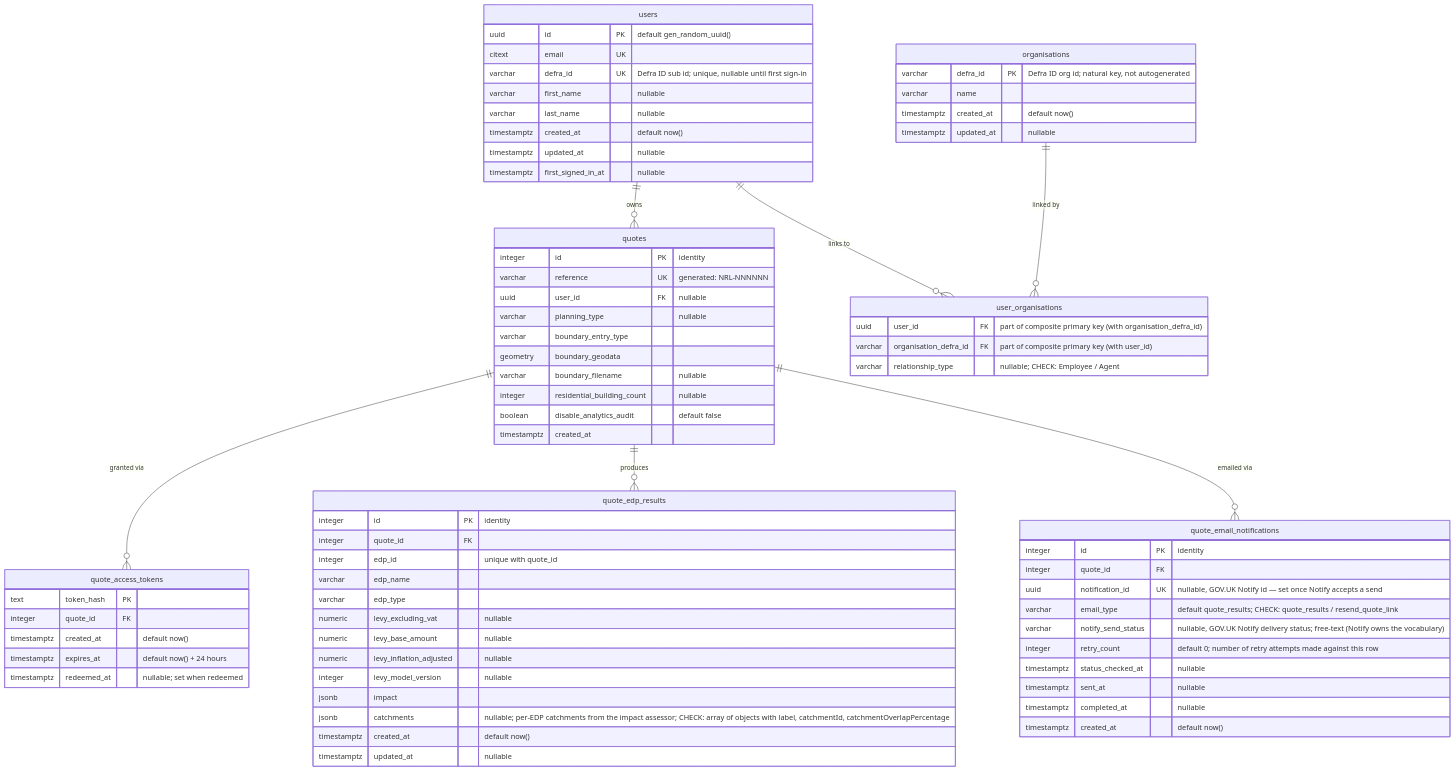
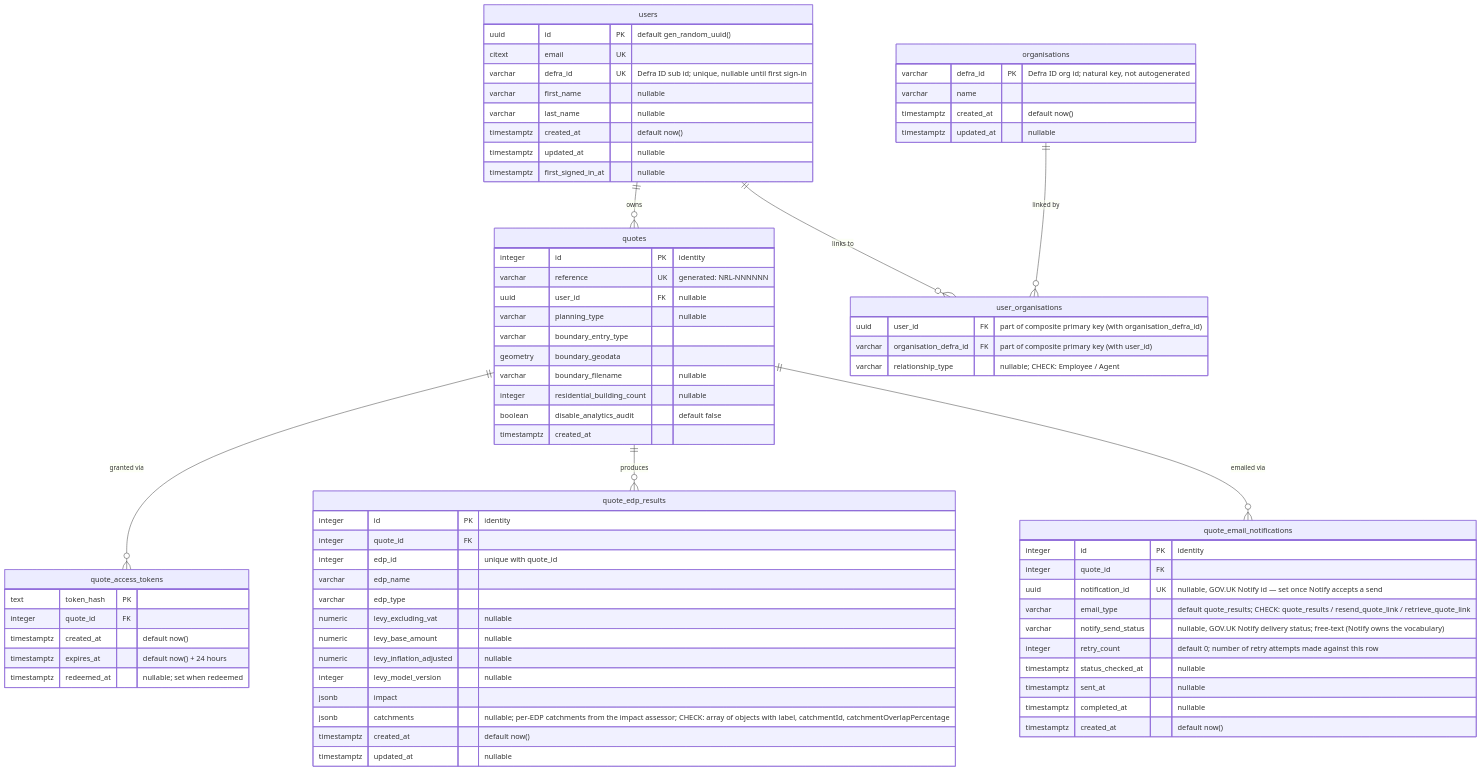
One commit to DEFRA/nrf-backend changed the diagram in docs/quote-database-diagram.md. Above: the diagram before and after it, drawn with Mermaid. The commit also changed other lines of this file and 16 other files, not shown here.

First line of the commit message:
NRF2-1256 Add the "retrieve your quote" email (#347)

```diff
--- a/docs/quote-database-diagram.md
+++ b/docs/quote-database-diagram.md
@@ -82,7 +82,7 @@
         integer id PK "identity"
         integer quote_id FK
         uuid notification_id UK "nullable, GOV.UK Notify id — set once Notify accepts a send"
-        varchar email_type "default quote_results; CHECK: quote_results / resend_quote_link"
+        varchar email_type "default quote_results; CHECK: quote_results / resend_quote_link / retrieve_quote_link"
         varchar notify_send_status "nullable, GOV.UK Notify delivery status; free-text (Notify owns the vocabulary)"
         integer retry_count "default 0; number of retry attempts made against this row"
         timestamptz status_checked_at "nullable"
```
